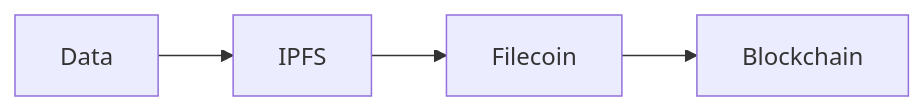
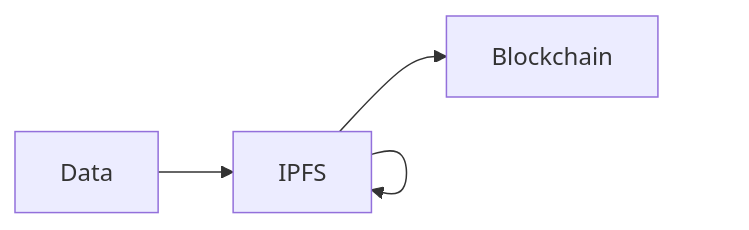
One commit to truthvalidator/TruthValidatorAgent changed the sixth of 11 diagrams in docs/lightpaper.md. Above: the diagram before and after it, drawn with Mermaid. The commit also changed other lines of this file and 1 other file, not shown here.

````diff
--- a/docs/lightpaper.md
+++ b/docs/lightpaper.md
@@ -101,4 +101,4 @@
 ```mermaid
 flowchart LR
-    Data --> IPFS --> Filecoin --> Blockchain
+    Data --> IPFS --> IPFS --> Blockchain
 ```
````
